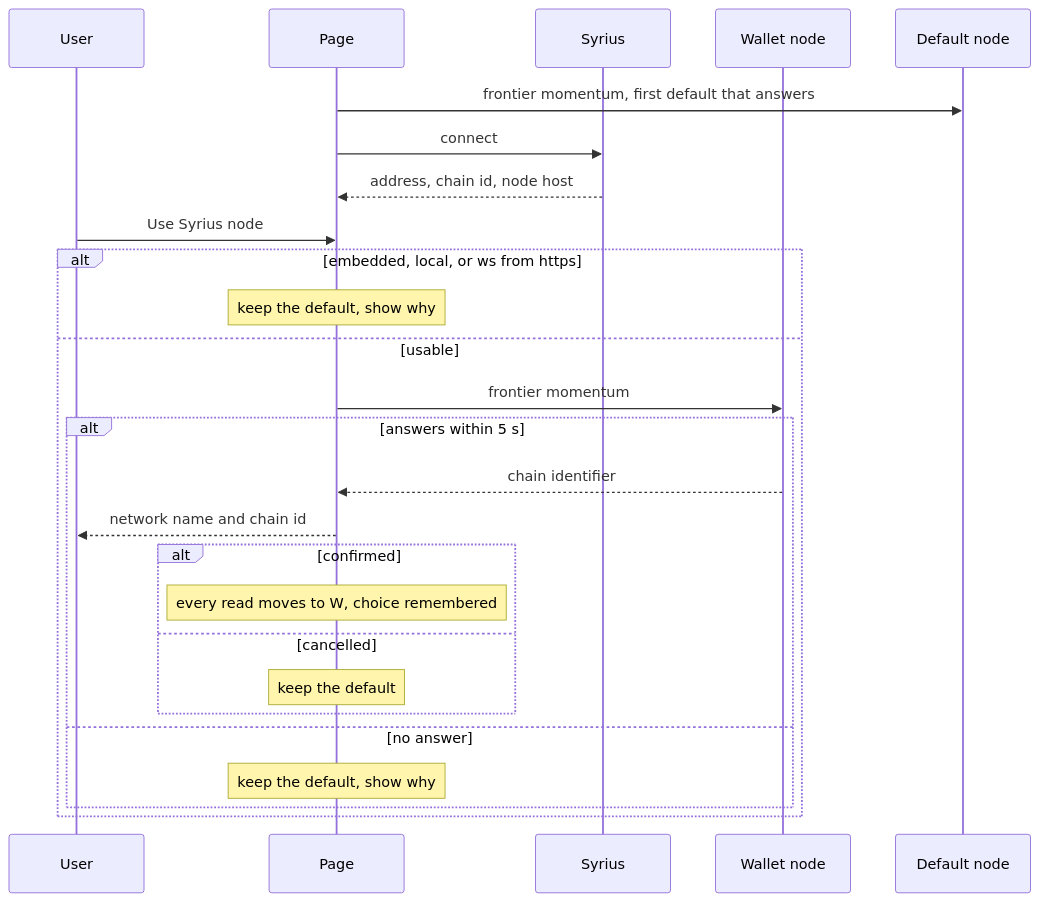
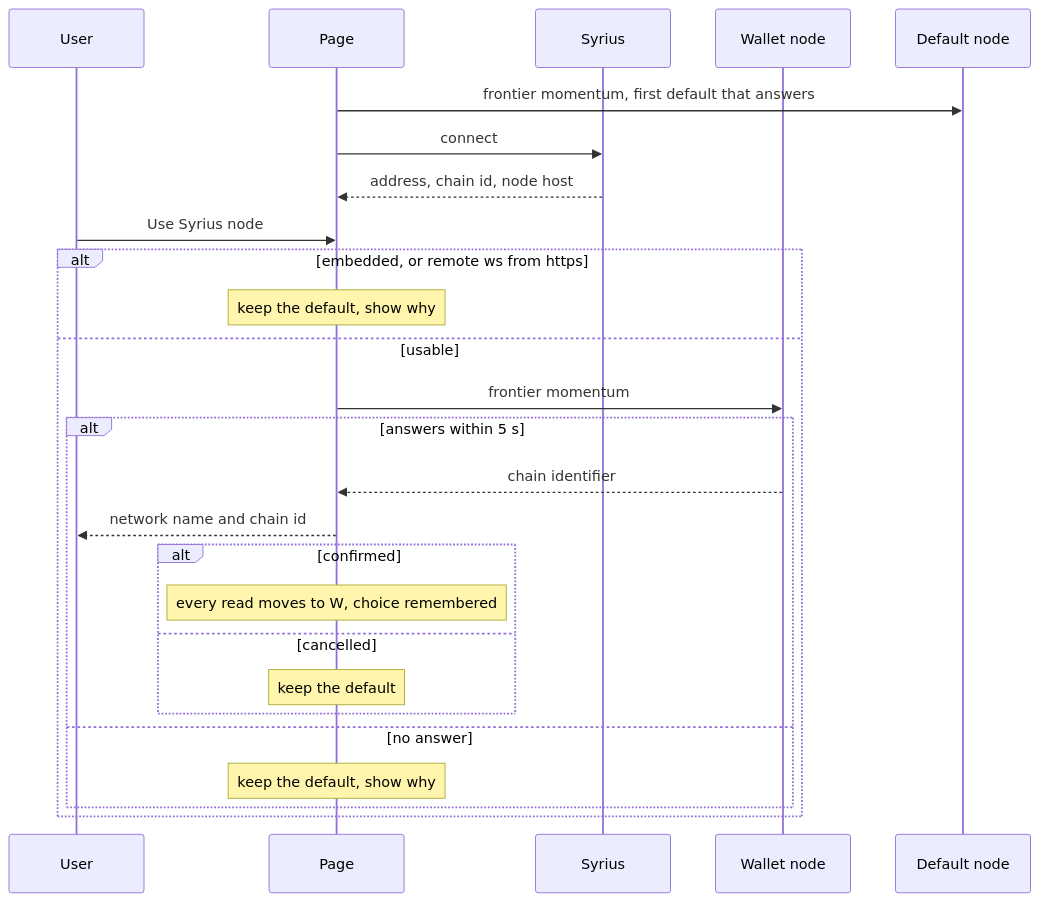
The second of 2 diagrams in docs/ARCHITECTURE.md (edgepillar/bridge.mainnet.zenon.community), drawn with Mermaid before and after one commit. The commit also changed 1 other file, not shown here.

Commit message:
Let an https page use a Syrius node on localhost
Browsers exempt loopback from mixed-content blocking, and the node is on
the user's own machine, so a local devnet can be tested from the deployed
page. An unreachable one is still reported as such.

````diff
--- a/docs/ARCHITECTURE.md
+++ b/docs/ARCHITECTURE.md
@@ -50,29 +50,29 @@
 ```mermaid
 sequenceDiagram
   participant U as User
   participant P as Page
   participant S as Syrius
   participant W as Wallet node
   participant D as Default node
 
   P->>D: frontier momentum, first default that answers
   P->>S: connect
   S-->>P: address, chain id, node host
   U->>P: Use Syrius node
-  alt embedded, local, or ws from https
+  alt embedded, or remote ws from https
     Note over P: keep the default, show why
   else usable
     P->>W: frontier momentum
     alt answers within 5 s
       W-->>P: chain identifier
       P-->>U: network name and chain id
       alt confirmed
         Note over P: every read moves to W, choice remembered
       else cancelled
         Note over P: keep the default
       end
     else no answer
       Note over P: keep the default, show why
     end
   end
 ```
````
